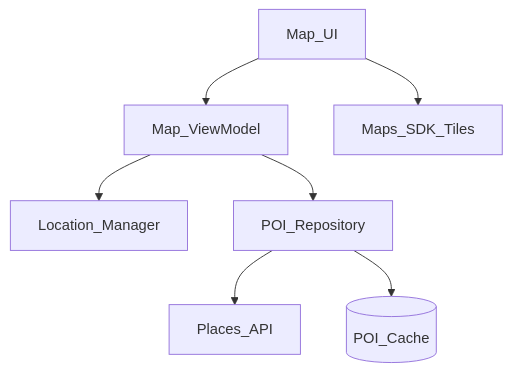
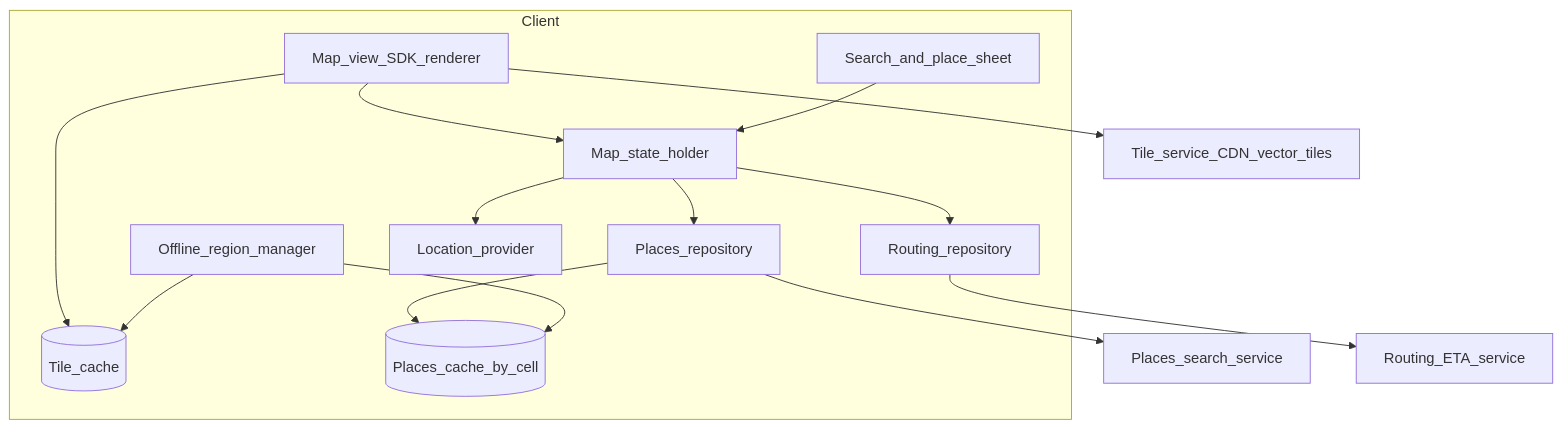
Before and after one commit to yadavsandeep24/san_system_design: the first of 2 diagrams in book/part-3-consumer-apps/23-maps-location.md, drawn with Mermaid. The commit also changed other lines of this file, not shown here.

Commit message:
Rewrite Ch 23 maps and location in depth

````diff
--- a/book/part-3-consumer-apps/23-maps-location.md
+++ b/book/part-3-consumer-apps/23-maps-location.md
@@ -27,16 +46,29 @@
 ```mermaid
 flowchart TB
-  ui[Map_UI]
-  vm[Map_ViewModel]
-  loc[Location_Manager]
-  poi[POI_Repository]
-  tiles[Maps_SDK_Tiles]
-  api[Places_API]
-  cache[(POI_Cache)]
-  ui --> vm
-  vm --> loc
-  vm --> poi
-  ui --> tiles
-  poi --> api
-  poi --> cache
+  subgraph Client
+    map[Map_view_SDK_renderer]
+    sheet[Search_and_place_sheet]
+    vm[Map_state_holder]
+    places[Places_repository]
+    route[Routing_repository]
+    loc[Location_provider]
+    tilecache[(Tile_cache)]
+    placecache[(Places_cache_by_cell)]
+    offline[Offline_region_manager]
+    map --> vm
+    sheet --> vm
+    vm --> places
+    vm --> route
+    vm --> loc
+    map --> tilecache
+    places --> placecache
+    offline --> tilecache
+    offline --> placecache
+  end
+  tiles[Tile_service_CDN_vector_tiles]
+  placesvc[Places_search_service]
+  routing[Routing_ETA_service]
+  map --> tiles
+  places --> placesvc
+  route --> routing
 ```
````
